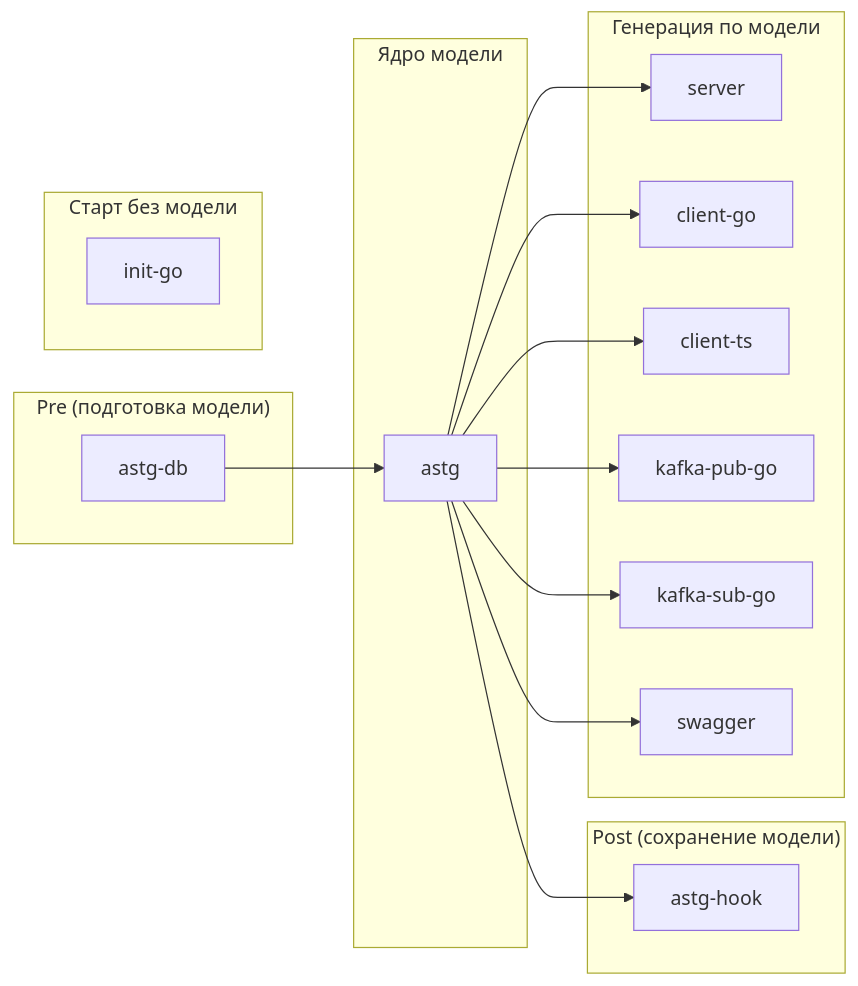
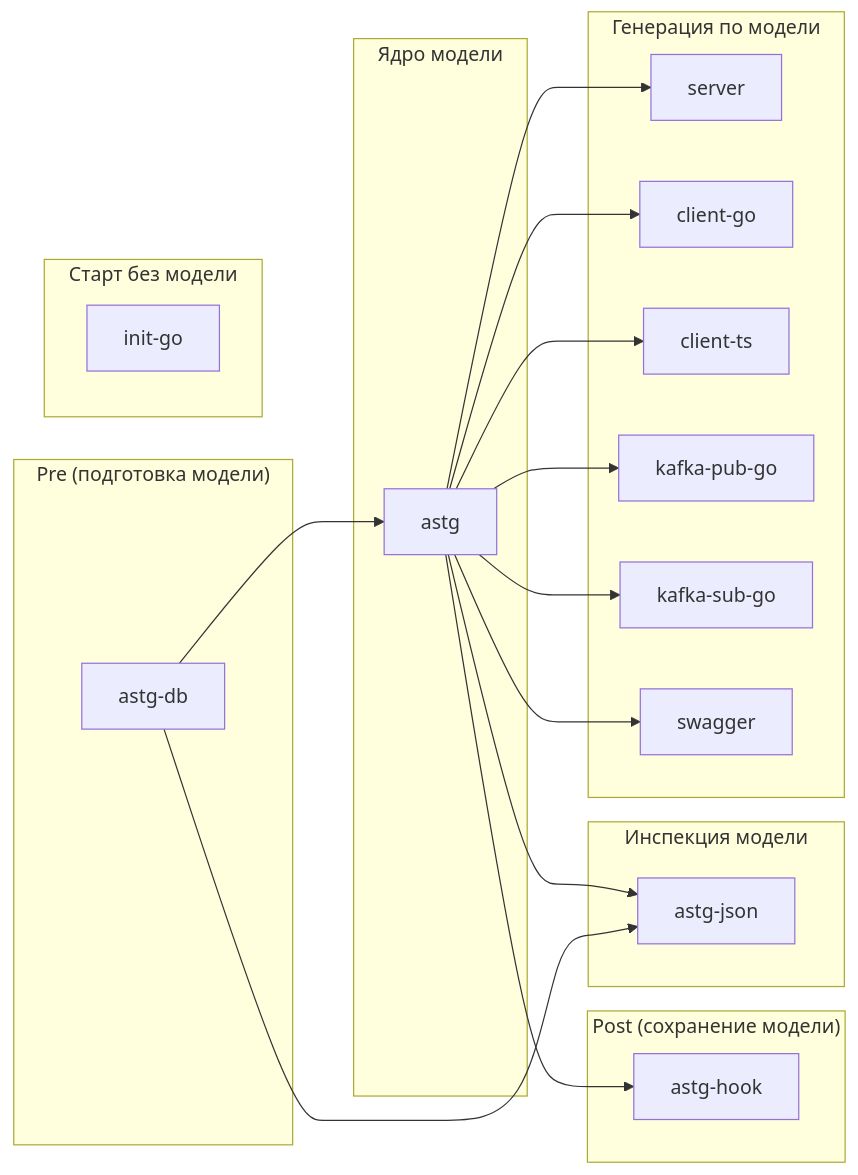
One commit to seniorGolang/tgp-go changed the first of 2 diagrams in readme.md. Above: the diagram before and after it, drawn with Mermaid. The commit also changed other lines of this file and 413 other files, not shown here.

````diff
--- a/readme.md
+++ b/readme.md
@@ -11,36 +11,42 @@
 ```mermaid
 flowchart LR
     subgraph pre["Pre (подготовка модели)"]
         astg_db[astg-db]
     end
 
     subgraph core["Ядро модели"]
         astg[astg]
     end
 
     subgraph post["Post (сохранение модели)"]
         hook[astg-hook]
+    end
+
+    subgraph inspect["Инспекция модели"]
+        astg_json[astg-json]
     end
 
     subgraph gen["Генерация по модели"]
         server[server]
         client_go[client-go]
         client_ts[client-ts]
         kafka_pub[kafka-pub-go]
         kafka_sub[kafka-sub-go]
         swagger[swagger]
     end
 
     subgraph bootstrap["Старт без модели"]
         init_go[init-go]
     end
 
     astg_db --> astg
     astg --> hook
+    astg --> astg_json
+    astg_db --> astg_json
     astg --> server
     astg --> client_go
     astg --> client_ts
     astg --> kafka_pub
     astg --> kafka_sub
     astg --> swagger
 ```
````
